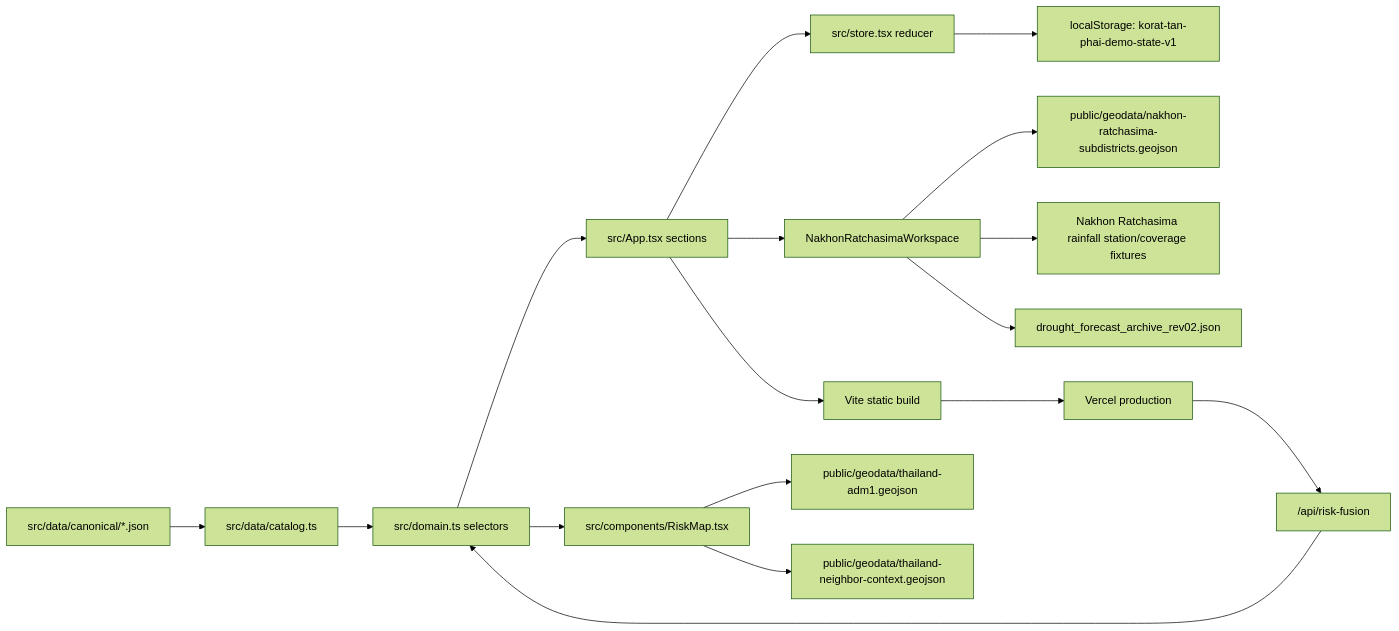
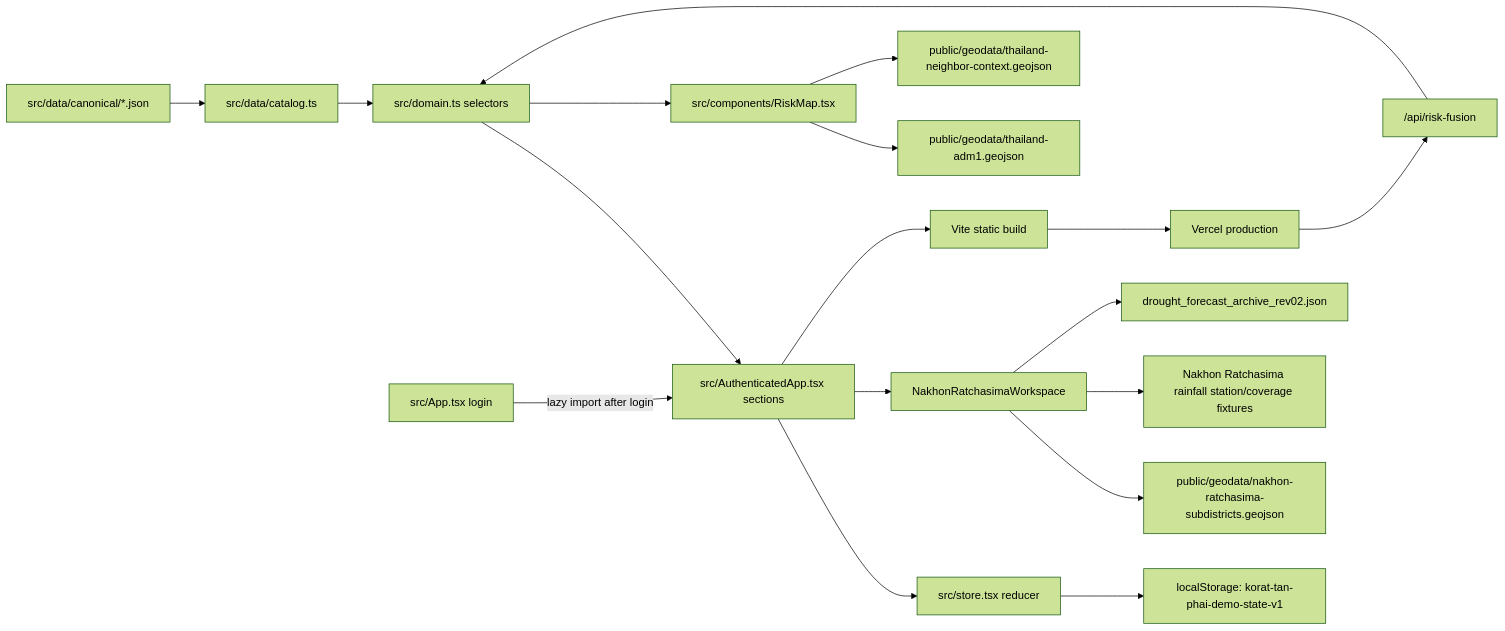
Before and after one commit to purichw/korattanphai: the diagram in PROJECT_MAP.md, drawn with Mermaid (forest theme). The commit also changed other lines of this file and 57 other files, not shown here.

````diff
--- a/PROJECT_MAP.md
+++ b/PROJECT_MAP.md
@@ -231,19 +243,20 @@
 ```mermaid
 flowchart LR
   A["src/data/canonical/*.json"] --> B["src/data/catalog.ts"]
   B --> C["src/domain.ts selectors"]
-  C --> D["src/App.tsx sections"]
+  C --> D["src/AuthenticatedApp.tsx sections"]
+  Login["src/App.tsx login"] -->|lazy import after login| D
   C --> E["src/components/RiskMap.tsx"]
   D --> F["src/store.tsx reducer"]
   F --> G["localStorage: korat-tan-phai-demo-state-v1"]
   E --> H["public/geodata/thailand-adm1.geojson"]
   E --> K["public/geodata/thailand-neighbor-context.geojson"]
   D --> M["NakhonRatchasimaWorkspace"]
   M --> N["public/geodata/nakhon-ratchasima-subdistricts.geojson"]
   M --> O["Nakhon Ratchasima rainfall station/coverage fixtures"]
   M --> P["drought_forecast_archive_rev02.json"]
   D --> I["Vite static build"]
   I --> J["Vercel production"]
   J --> L["/api/risk-fusion"]
   L --> C
 ```
````
